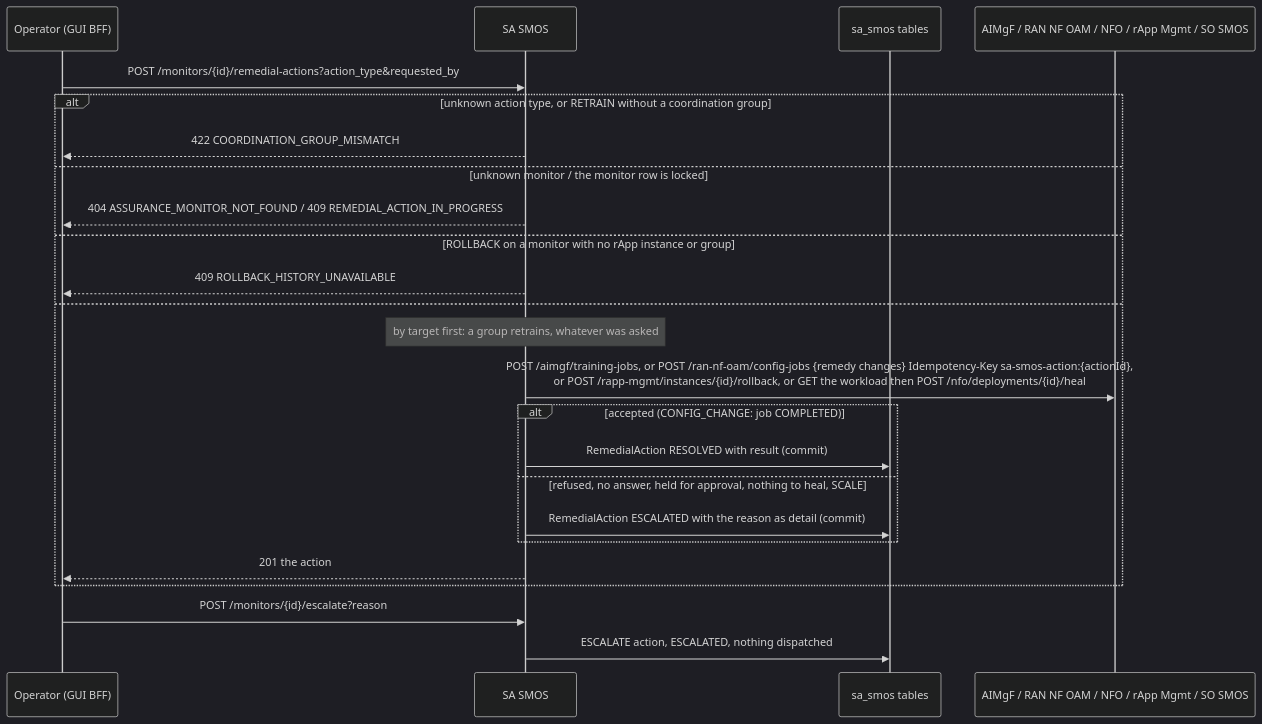
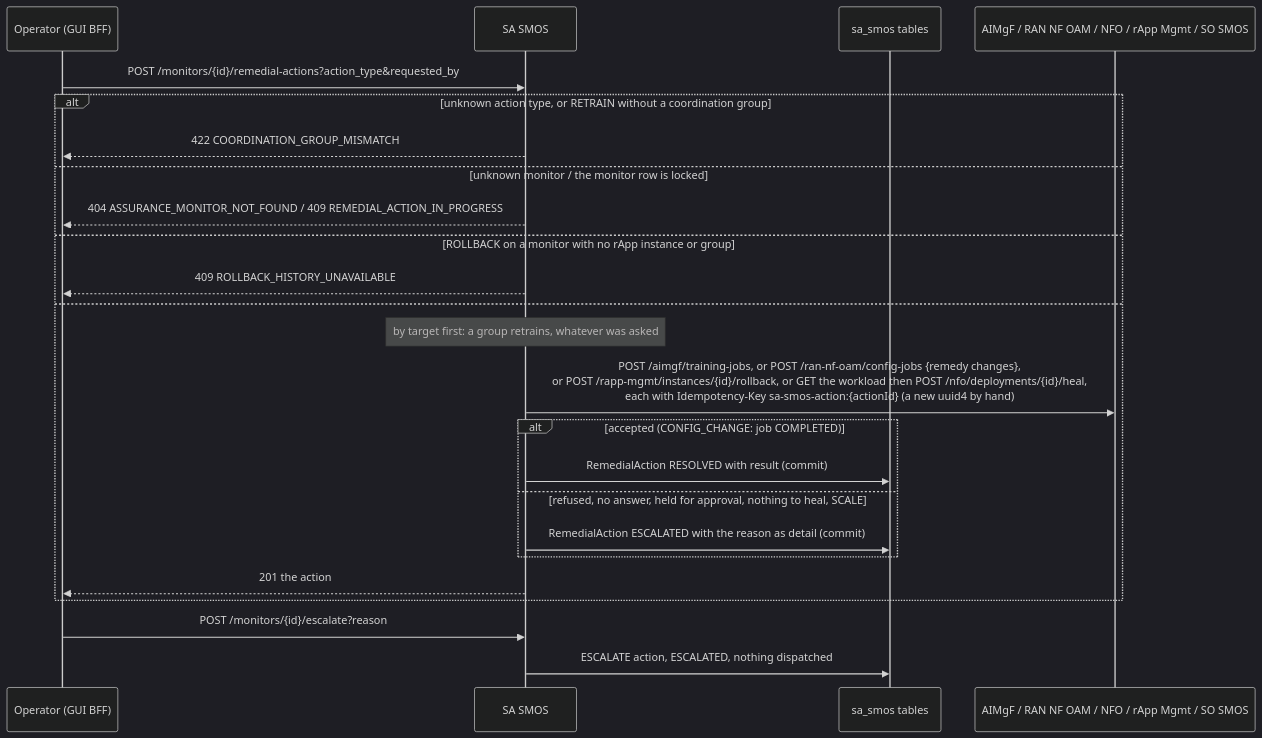
One commit to rsys-bshankar/ai-ran-smo changed the third of 5 diagrams in smo/sa-smos/docs/lifecycle.md. Above: the diagram before and after it, drawn with Mermaid (dark theme). The commit also changed other lines of this file and 31 other files, not shown here.

````diff
--- a/smo/sa-smos/docs/lifecycle.md
+++ b/smo/sa-smos/docs/lifecycle.md
@@ -109,27 +109,27 @@
 ```mermaid
 sequenceDiagram
     participant Op as Operator (GUI BFF)
     participant SA as SA SMOS
     participant DB as sa_smos tables
     participant M as AIMgF / RAN NF OAM / NFO / rApp Mgmt / SO SMOS
 
     Op->>SA: POST /monitors/{id}/remedial-actions?action_type&requested_by
     alt unknown action type, or RETRAIN without a coordination group
         SA-->>Op: 422 COORDINATION_GROUP_MISMATCH
     else unknown monitor / the monitor row is locked
         SA-->>Op: 404 ASSURANCE_MONITOR_NOT_FOUND / 409 REMEDIAL_ACTION_IN_PROGRESS
     else ROLLBACK on a monitor with no rApp instance or group
         SA-->>Op: 409 ROLLBACK_HISTORY_UNAVAILABLE
     else
         Note over SA: by target first: a group retrains, whatever was asked
-        SA->>M: POST /aimgf/training-jobs, or POST /ran-nf-oam/config-jobs {remedy changes} Idempotency-Key sa-smos-action:{actionId},<br/>or POST /rapp-mgmt/instances/{id}/rollback, or GET the workload then POST /nfo/deployments/{id}/heal
+        SA->>M: POST /aimgf/training-jobs, or POST /ran-nf-oam/config-jobs {remedy changes},<br/>or POST /rapp-mgmt/instances/{id}/rollback, or GET the workload then POST /nfo/deployments/{id}/heal,<br/>each with Idempotency-Key sa-smos-action:{actionId} (a new uuid4 by hand)
         alt accepted (CONFIG_CHANGE: job COMPLETED)
             SA->>DB: RemedialAction RESOLVED with result (commit)
         else refused, no answer, held for approval, nothing to heal, SCALE
             SA->>DB: RemedialAction ESCALATED with the reason as detail (commit)
         end
         SA-->>Op: 201 the action
     end
     Op->>SA: POST /monitors/{id}/escalate?reason
     SA->>DB: ESCALATE action, ESCALATED, nothing dispatched
 ```
````
